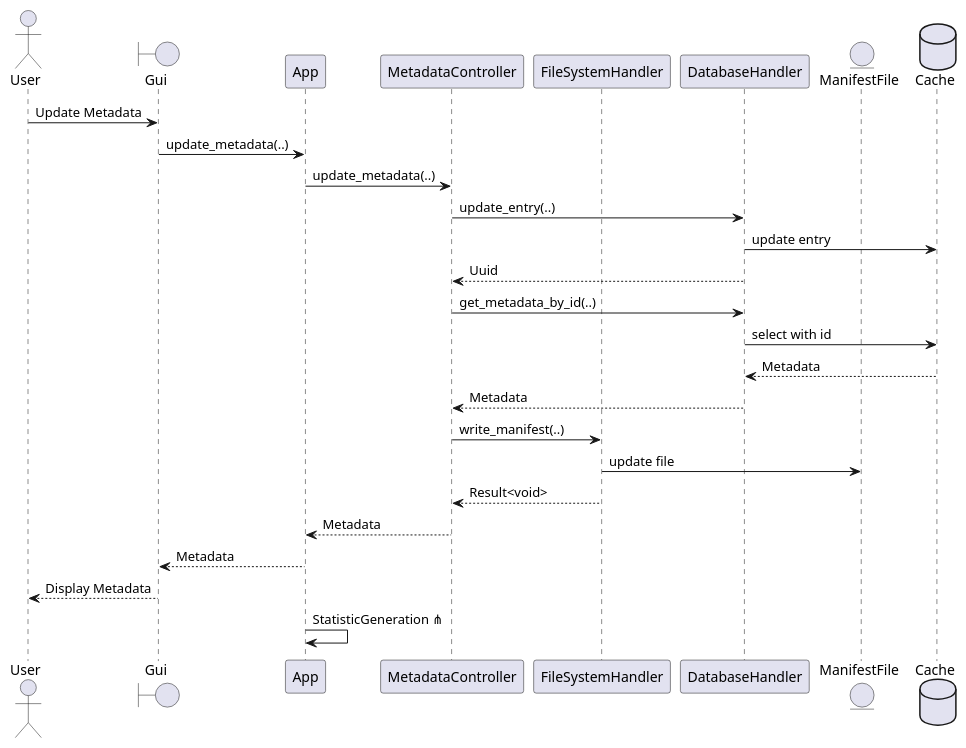
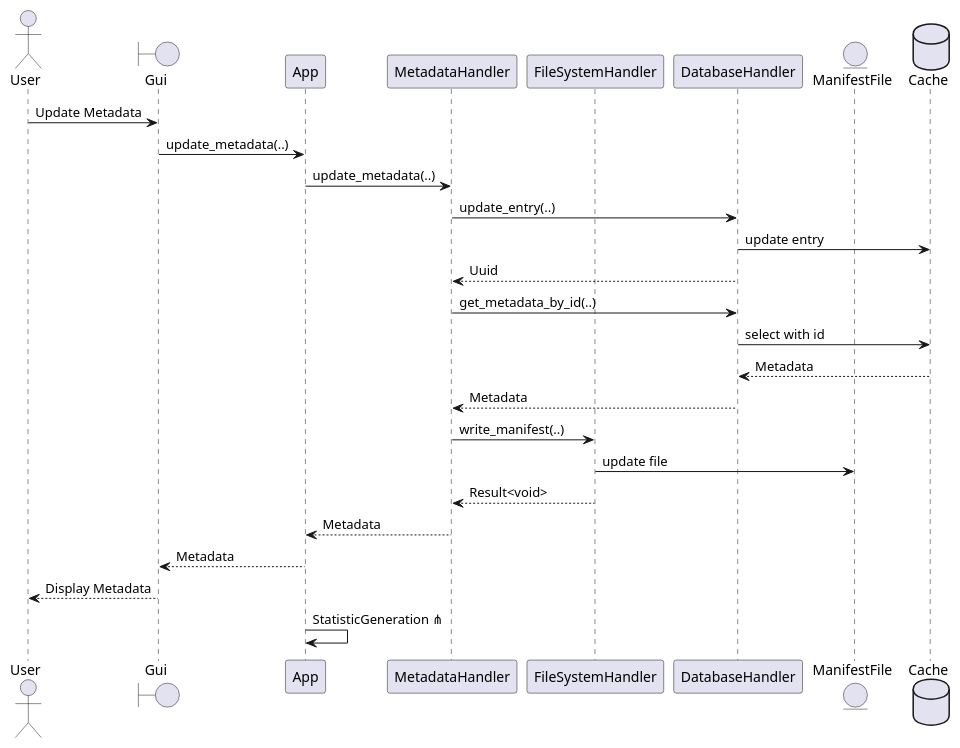
One commit to SoftwareEngineeringOne/wiki changed the fourth of 10 diagrams in wiki/topics/Inkremente/04/Grobdesign.md. Above: the diagram before and after it, drawn with PlantUML. The commit also changed other lines of this file, not shown here.

Commit message:
Add modules to Class Diagramm

````diff
--- a/wiki/topics/Inkremente/04/Grobdesign.md
+++ b/wiki/topics/Inkremente/04/Grobdesign.md
@@ -326,36 +348,36 @@
 ```plantuml
 @startuml Update Metadata
 actor User
 boundary Gui
 participant App
-participant MetadataController
+participant MetadataHandler
 participant FileSystemHandler
 participant DatabaseHandler
 entity ManifestFile
 database Cache
 
 User -> Gui : Update Metadata
 Gui -> App: update_metadata(..)
 
-App -> MetadataController: update_metadata(..)
+App -> MetadataHandler: update_metadata(..)
 ' Caching
-MetadataController -> DatabaseHandler : update_entry(..)
+MetadataHandler -> DatabaseHandler : update_entry(..)
 DatabaseHandler -> Cache : update entry
-DatabaseHandler --> MetadataController : Uuid
-MetadataController -> DatabaseHandler : get_metadata_by_id(..)
+DatabaseHandler --> MetadataHandler : Uuid
+MetadataHandler -> DatabaseHandler : get_metadata_by_id(..)
 DatabaseHandler -> Cache : select with id
 Cache --> DatabaseHandler : Metadata
-DatabaseHandler --> MetadataController : Metadata
+DatabaseHandler --> MetadataHandler : Metadata
 
-MetadataController -> FileSystemHandler : write_manifest(..)
+MetadataHandler -> FileSystemHandler : write_manifest(..)
 FileSystemHandler -> ManifestFile : update file
-FileSystemHandler --> MetadataController: Result<void>
+FileSystemHandler --> MetadataHandler: Result<void>
 
-MetadataController --> App : Metadata
+MetadataHandler --> App : Metadata
 App --> Gui : Metadata
 Gui --> User: Display Metadata
 
 App -> App : StatisticGeneration ⋔
 
 @enduml
 ```
````
